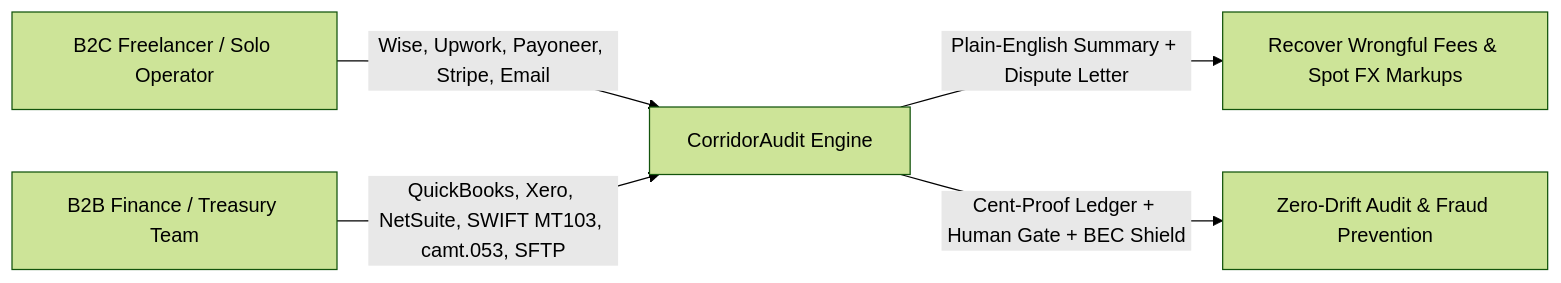
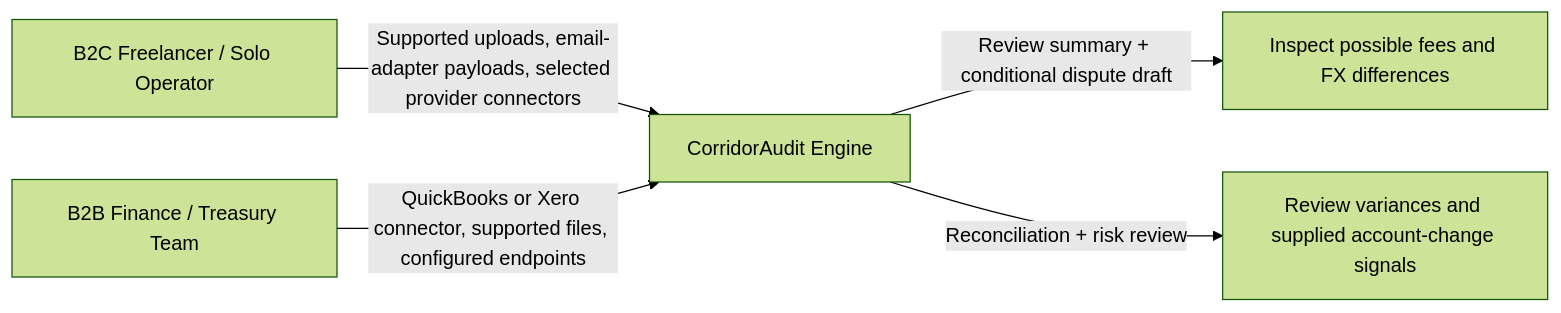
Before and after one commit to sainibhaowal/Corridor-Audit: the diagram in docs/Case Study/01-problem-statement.md, drawn with Mermaid (forest theme). The commit also changed other lines of this file and 13 other files, not shown here.

````diff
--- a/docs/Case Study/01-problem-statement.md
+++ b/docs/Case Study/01-problem-statement.md
@@ -35,7 +35,7 @@
 ```mermaid
 flowchart LR
-    B2C["B2C Freelancer / Solo Operator"] -->|"Wise, Upwork, Payoneer, Stripe, Email"| CORE["CorridorAudit Engine"]
-    B2B["B2B Finance / Treasury Team"] -->|"QuickBooks, Xero, NetSuite, SWIFT MT103, camt.053, SFTP"| CORE
-    CORE -->|"Plain-English Summary + Dispute Letter"| B2C_OUT["Recover Wrongful Fees & Spot FX Markups"]
-    CORE -->|"Cent-Proof Ledger + Human Gate + BEC Shield"| B2B_OUT["Zero-Drift Audit & Fraud Prevention"]
+    B2C["B2C Freelancer / Solo Operator"] -->|"Supported uploads, email-adapter payloads, selected provider connectors"| CORE["CorridorAudit Engine"]
+    B2B["B2B Finance / Treasury Team"] -->|"QuickBooks or Xero connector, supported files, configured endpoints"| CORE
+    CORE -->|"Review summary + conditional dispute draft"| B2C_OUT["Inspect possible fees and FX differences"]
+    CORE -->|"Reconciliation + risk review"| B2B_OUT["Review variances and supplied account-change signals"]
 ```
````
